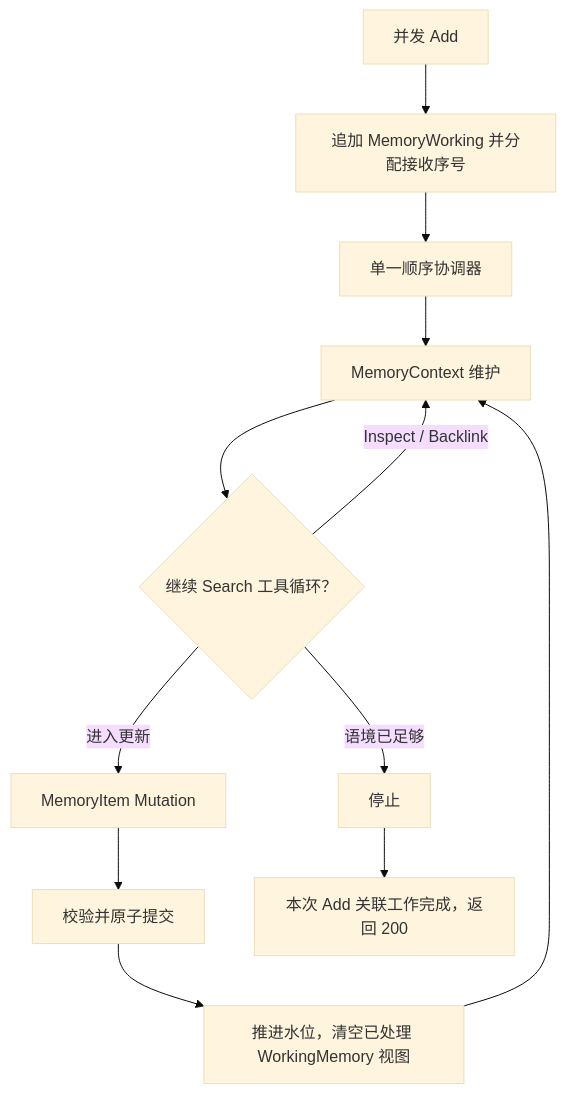
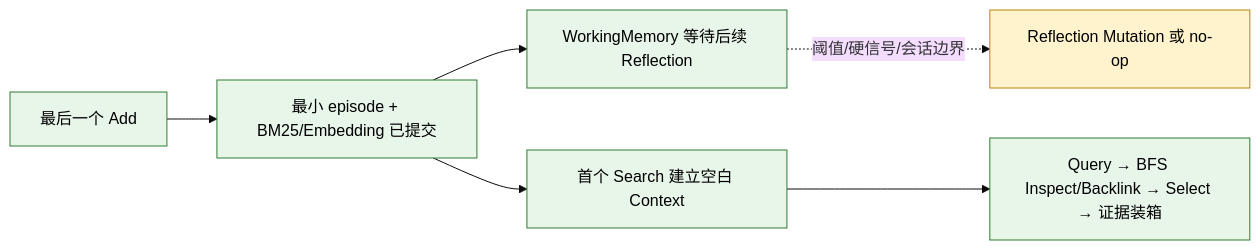
Before and after one commit to Graygoo7529/AM-Link: the fifth of 5 diagrams in DESIGN.md, drawn with Mermaid (base theme). The commit also changed other lines of this file and 3 other files, not shown here.

Commit message:
docs: finalize searchable episode boundary for buffered reflection

````diff
--- a/DESIGN.md
+++ b/DESIGN.md
@@ -136,14 +193,13 @@
 ```mermaid
-flowchart TD
-  A[并发 Add] --> B[追加 MemoryWorking 并分配接收序号]
-  B --> C[单一顺序协调器]
-  C --> D[MemoryContext 维护]
-  D --> E{继续 Search 工具循环？}
-  E -->|Inspect / Backlink| D
-  E -->|进入更新| F[MemoryItem Mutation]
-  E -->|语境已足够| G[停止]
-  F --> H[校验并原子提交]
-  H --> I[推进水位，清空已处理 WorkingMemory 视图]
-  I --> D
-  G --> J[本次 Add 关联工作完成，返回 200]
+flowchart LR
+  A[最后一个 Add] --> B[最小 episode + BM25/Embedding 已提交]
+  B --> C[WorkingMemory 等待后续 Reflection]
+  B --> D[首个 Search 建立空白 Context]
+  D --> E[Query → BFS Inspect/Backlink → Select → 证据装箱]
+  C -.阈值/硬信号/会话边界.-> F[Reflection Mutation 或 no-op]
+
+  classDef llm fill:#fff3cd,stroke:#b8860b,color:#000
+  classDef deterministic fill:#e8f5e9,stroke:#2e7d32,color:#000
+  class F llm
+  class A,B,C,D,E deterministic
 ```
````
